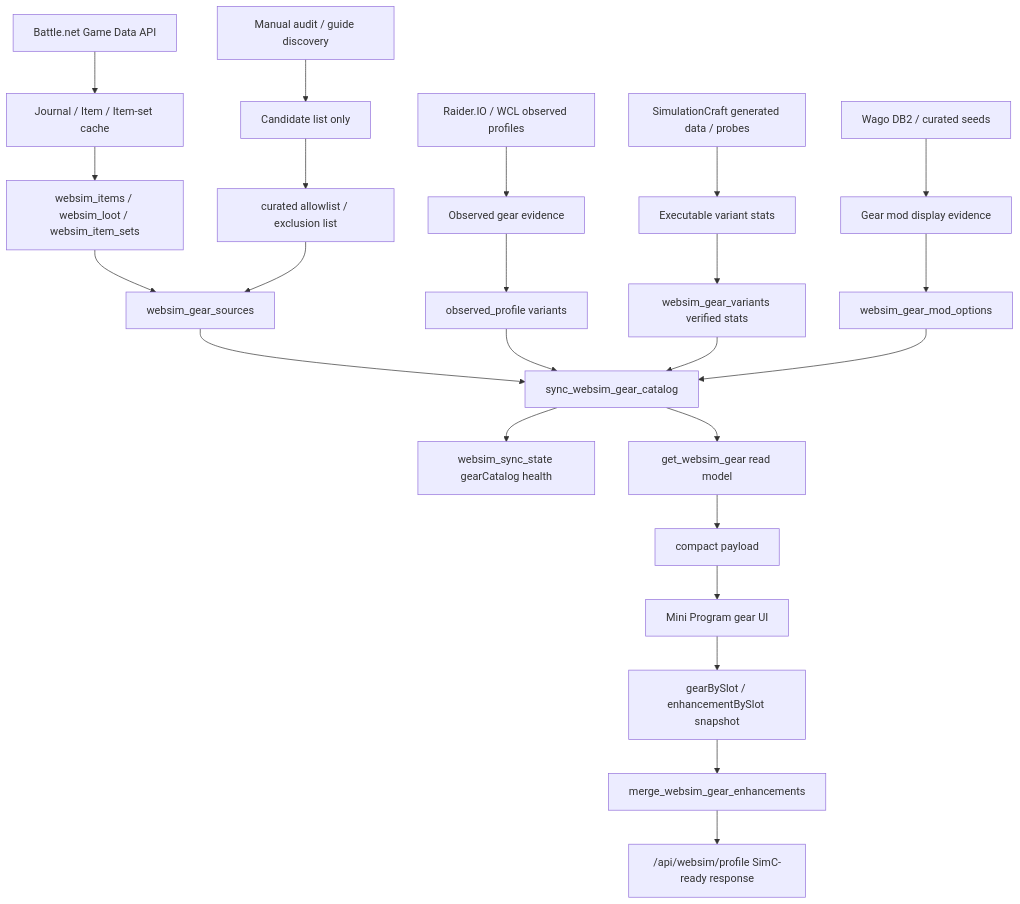
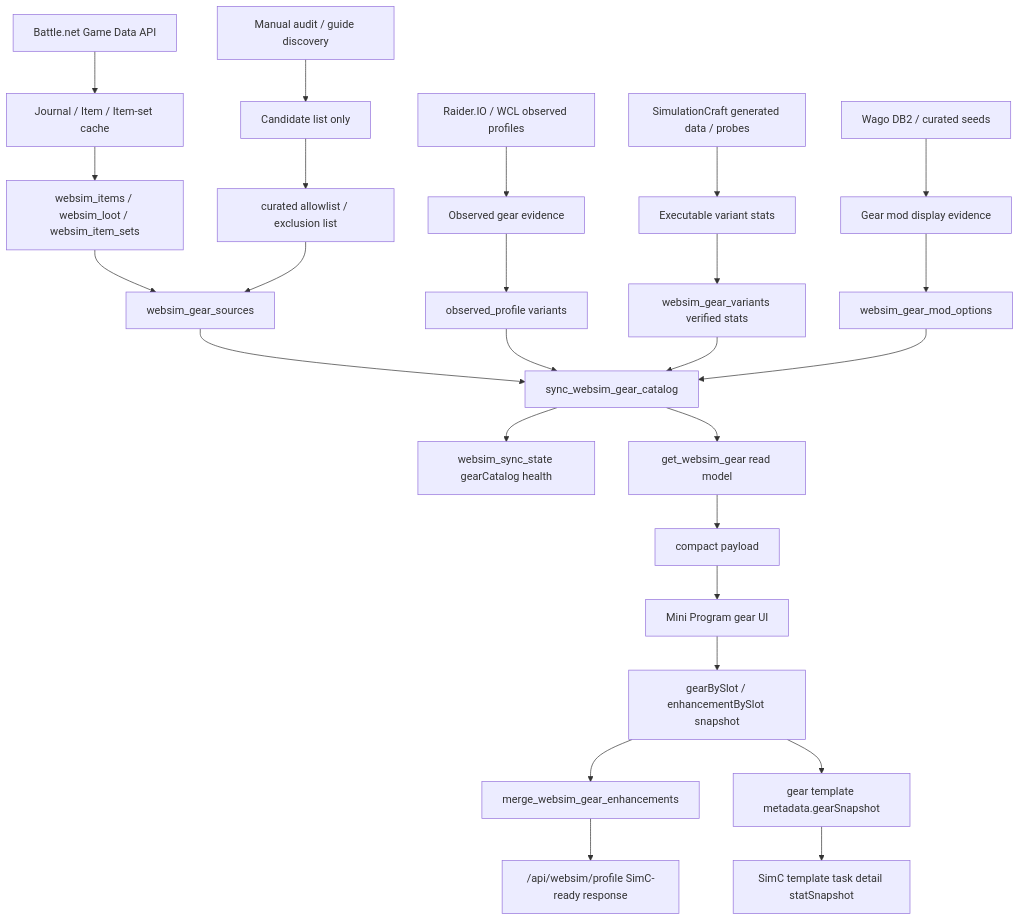
Before and after one commit to Giannis-bo/Chicken-Bro: the diagram in docs/gear-simulation-full-chain-runbook.md, drawn with Mermaid. The commit also changed other lines of this file and 13 other files, not shown here.

Commit message:
feat: persist SimC task summaries and planning docs

````diff
--- a/docs/gear-simulation-full-chain-runbook.md
+++ b/docs/gear-simulation-full-chain-runbook.md
@@ -20,29 +20,31 @@
 ```mermaid
 flowchart TD
   A["Battle.net Game Data API"] --> B["Journal / Item / Item-set cache"]
   C["Raider.IO / WCL observed profiles"] --> D["Observed gear evidence"]
   E["SimulationCraft generated data / probes"] --> F["Executable variant stats"]
   G["Wago DB2 / curated seeds"] --> H["Gear mod display evidence"]
   I["Manual audit / guide discovery"] --> J["Candidate list only"]
 
   B --> K["websim_items / websim_loot / websim_item_sets"]
   D --> L["observed_profile variants"]
   F --> M["websim_gear_variants verified stats"]
   H --> N["websim_gear_mod_options"]
   J --> O["curated allowlist / exclusion list"]
 
   K --> P["websim_gear_sources"]
   O --> P
   P --> Q["sync_websim_gear_catalog"]
   L --> Q
   M --> Q
   N --> Q
 
   Q --> R["websim_sync_state gearCatalog health"]
   Q --> S["get_websim_gear read model"]
   S --> T["compact payload"]
   T --> U["Mini Program gear UI"]
   U --> V["gearBySlot / enhancementBySlot snapshot"]
   V --> W["merge_websim_gear_enhancements"]
   W --> X["/api/websim/profile SimC-ready response"]
+  V --> Y["gear template metadata.gearSnapshot"]
+  Y --> Z["SimC template task detail statSnapshot"]
 ```
````
